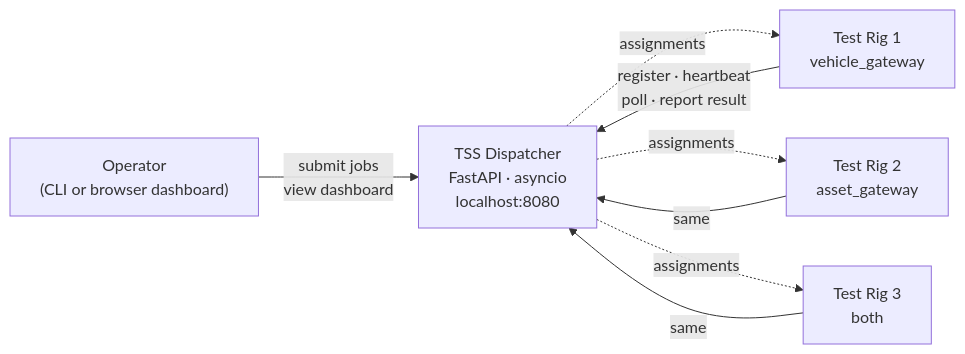
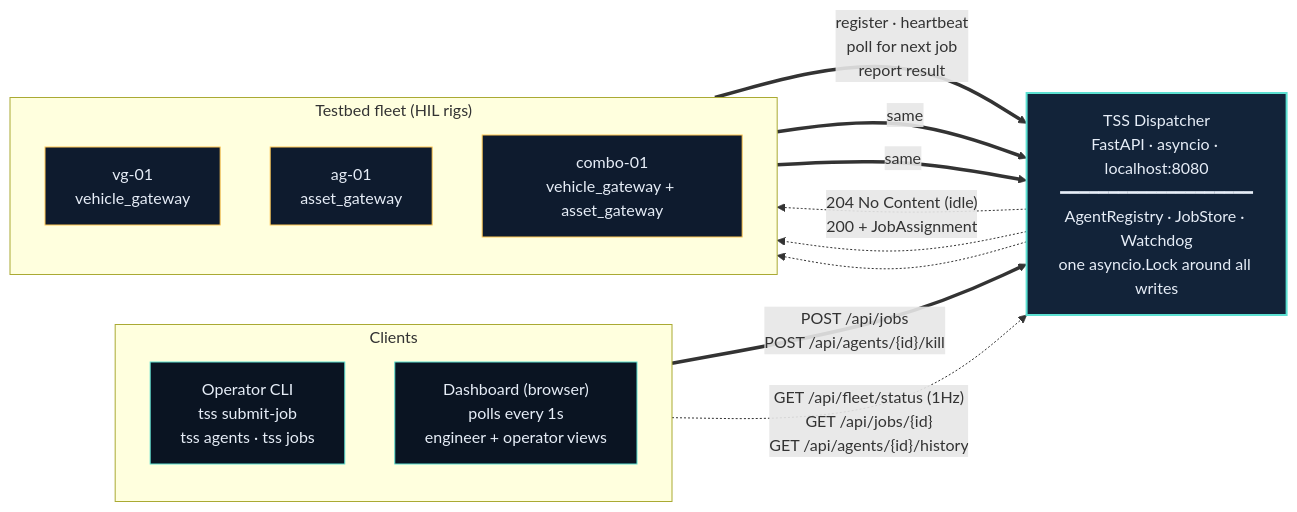
Before and after one commit to jhorne12345/samsara-tss: the first of 6 diagrams in docs/architecture.md, drawn with Mermaid. The commit also changed other lines of this file and 4 other files, not shown here.

First line of the commit message:
refactor: address code review + enhance system diagram

````diff
--- a/docs/architecture.md
+++ b/docs/architecture.md
@@ -39,16 +39,43 @@
 ```mermaid
 flowchart LR
-    Op["Operator<br/>(CLI or browser dashboard)"]
-    D["TSS Dispatcher<br/>FastAPI · asyncio<br/>localhost:8080"]
-    A1["Test Rig 1<br/>vehicle_gateway"]
-    A2["Test Rig 2<br/>asset_gateway"]
-    A3["Test Rig 3<br/>both"]
+    %% ----- left: clients -----
+    subgraph Clients["Clients"]
+        direction TB
+        CLI["Operator CLI<br/>tss submit-job<br/>tss agents · tss jobs"]
+        Dash["Dashboard (browser)<br/>polls every 1s<br/>engineer + operator views"]
+    end
 
-    Op -->|"submit jobs<br/>view dashboard"| D
-    D -.->|"assignments"| A1
-    D -.->|"assignments"| A2
-    D -.->|"assignments"| A3
-    A1 -->|"register · heartbeat<br/>poll · report result"| D
-    A2 -->|"same"| D
-    A3 -->|"same"| D
+    %% ----- center: dispatcher -----
+    D["TSS Dispatcher<br/>FastAPI · asyncio · localhost:8080<br/>━━━━━━━━━━━━━━━━━━━━<br/>AgentRegistry · JobStore · Watchdog<br/>one asyncio.Lock around all writes"]
+
+    %% ----- right: testbed fleet -----
+    subgraph Fleet["Testbed fleet (HIL rigs)"]
+        direction TB
+        A1["vg-01<br/>vehicle_gateway"]
+        A2["ag-01<br/>asset_gateway"]
+        A3["combo-01<br/>vehicle_gateway + asset_gateway"]
+    end
+
+    %% ----- write paths (operators submit work) -----
+    CLI ==>|"POST /api/jobs<br/>POST /api/agents/{id}/kill"| D
+
+    %% ----- read paths (visualize fleet status) -----
+    Dash -. "GET /api/fleet/status (1Hz)<br/>GET /api/jobs/{id}<br/>GET /api/agents/{id}/history" .-> D
+
+    %% ----- agent contract (poll over HTTP) -----
+    A1 ==>|"register · heartbeat<br/>poll for next job<br/>report result"| D
+    A2 ==>|"same"| D
+    A3 ==>|"same"| D
+
+    %% ----- assignments are responses to polls, never pushes -----
+    D -. "204 No Content (idle)<br/>200 + JobAssignment" .-> A1
+    D -. " " .-> A2
+    D -. " " .-> A3
+
+    classDef client fill:#0a1422,stroke:#5ce0d2,color:#e6edf7;
+    classDef disp fill:#122339,stroke:#5ce0d2,stroke-width:2px,color:#e6edf7;
+    classDef rig fill:#0e1b2e,stroke:#ffc857,color:#e6edf7;
+    class CLI,Dash client;
+    class D disp;
+    class A1,A2,A3 rig;
 ```
````
